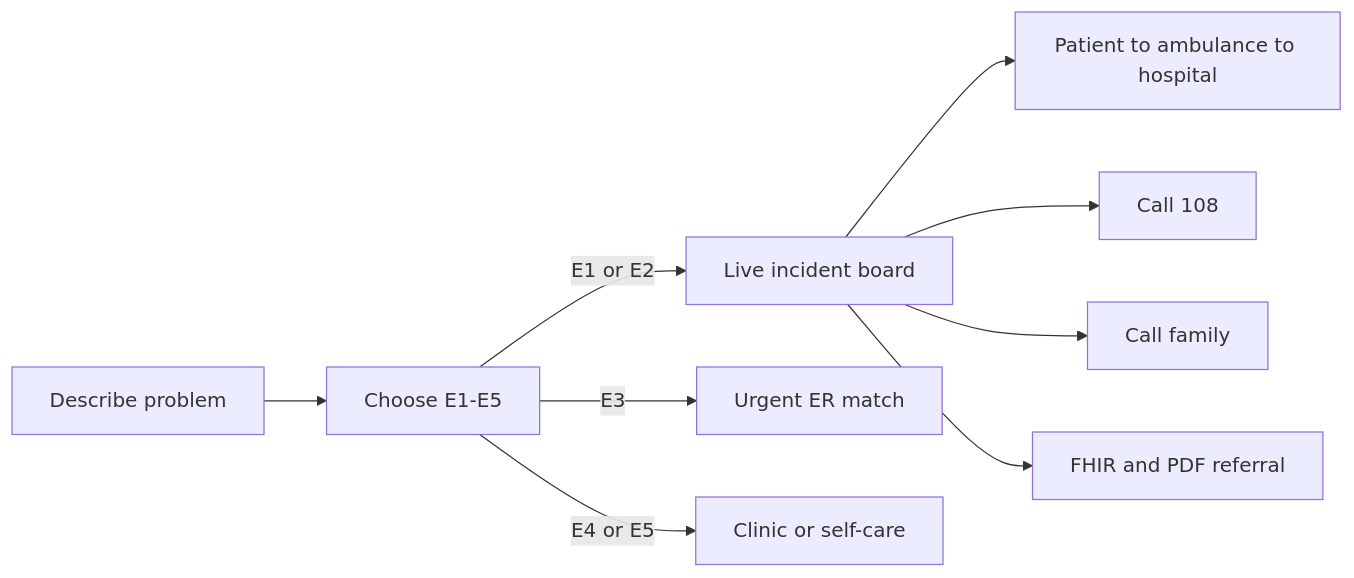
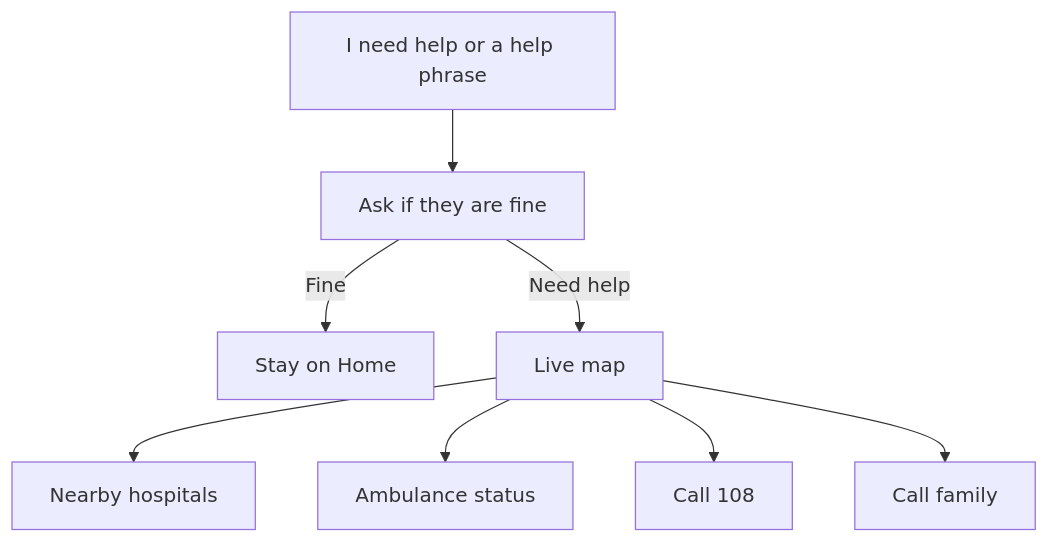
The second of 4 diagrams in README.md (dipanshuchoudhary-data/LifeRouteAI), drawn with Mermaid before and after one commit. The commit also changed other lines of this file and 126 other files, not shown here.

````diff
--- a/README.md
+++ b/README.md
@@ -104,11 +111,10 @@
 ```mermaid
-flowchart LR
-    A["Describe problem"] --> B["Choose E1-E5"]
-    B -->|E1 or E2| C["Live incident board"]
-    B -->|E3| D["Urgent ER match"]
-    B -->|E4 or E5| E["Clinic or self-care"]
-    C --> F["Patient to ambulance to hospital"]
-    C --> G["Call 108"]
-    C --> H["Call family"]
-    C --> I["FHIR and PDF referral"]
+flowchart TD
+    A["I need help or a help phrase"] --> B["Ask if they are fine"]
+    B -->|Fine| C["Stay on Home"]
+    B -->|Need help| D["Live map"]
+    D --> E["Nearby hospitals"]
+    D --> F["Ambulance status"]
+    D --> G["Call 108"]
+    D --> H["Call family"]
 ```
````
